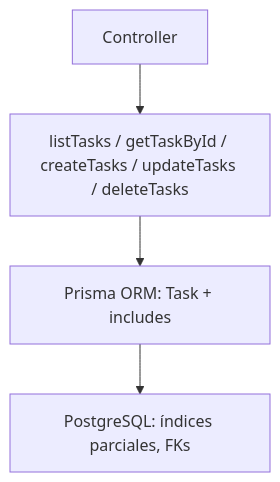
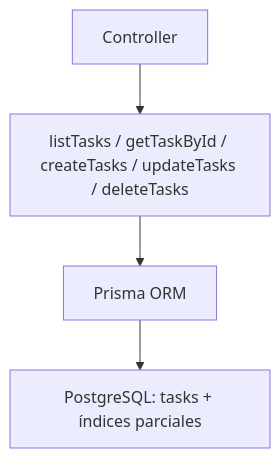
One commit to JosueSay/study-task-insights changed the diagram in docs/code/services/tasksService.md. Above: the diagram before and after it, drawn with Mermaid. The commit also changed other lines of this file and 2 other files, not shown here.

Commit message:
fix(docs) correción estándar documentación para tabla principal sobre tasks

````diff
--- a/docs/code/services/tasksService.md
+++ b/docs/code/services/tasksService.md
@@ -108,6 +117,6 @@
 ```mermaid
 flowchart TD
   A[Controller] --> B[listTasks / getTaskById / createTasks / updateTasks / deleteTasks]
-  B --> C[Prisma ORM: Task + includes]
-  C --> D[PostgreSQL: índices parciales, FKs]
+  B --> C[Prisma ORM]
+  C --> D[PostgreSQL: tasks + índices parciales]
 ```
````
